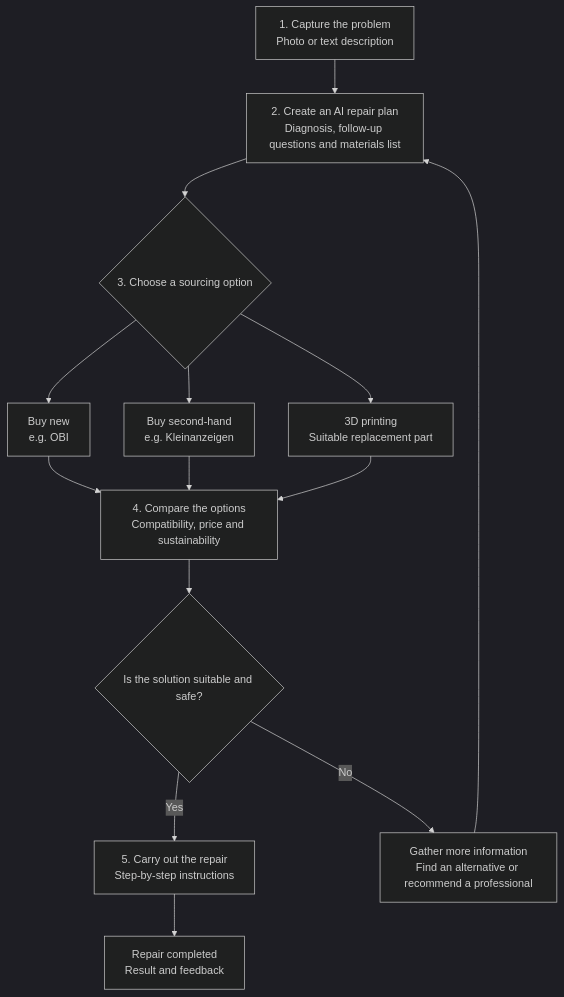
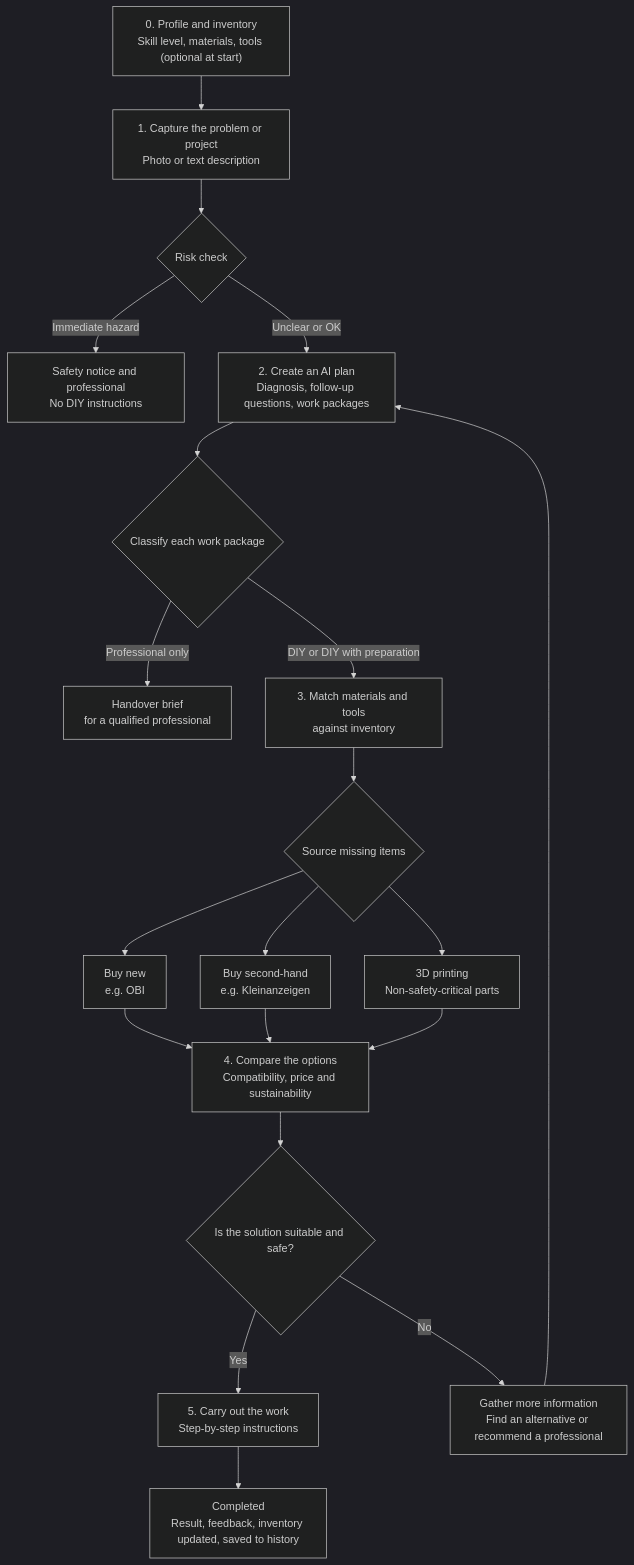
One commit to mrh421/Applied_AI_DAIY changed the diagram in README.md. Above: the diagram before and after it, drawn with Mermaid (dark theme). The commit also changed other lines of this file, not shown here.

````diff
--- a/README.md
+++ b/README.md
@@ -21,21 +25,28 @@
 ```mermaid
 flowchart TD
-    A["1. Capture the problem<br/>Photo or text description"] --> B["2. Create an AI repair plan<br/>Diagnosis, follow-up questions and materials list"]
+    P["0. Profile and inventory<br/>Skill level, materials, tools (optional at start)"] --> A
+    A["1. Capture the problem or project<br/>Photo or text description"] --> R{"Risk check"}
 
-    B --> C{"3. Choose a sourcing option"}
+    R -->|Immediate hazard| X["Safety notice and professional<br/>No DIY instructions"]
+    R -->|Unclear or OK| B["2. Create an AI plan<br/>Diagnosis, follow-up questions, work packages"]
 
+    B --> W{"Classify each work package"}
+    W -->|Professional only| Y["Handover brief<br/>for a qualified professional"]
+    W -->|DIY or DIY with preparation| M["3. Match materials and tools<br/>against inventory"]
+
+    M --> C{"Source missing items"}
     C --> D["Buy new<br/>e.g. OBI"]
     C --> E["Buy second-hand<br/>e.g. Kleinanzeigen"]
-    C --> F["3D printing<br/>Suitable replacement part"]
+    C --> F["3D printing<br/>Non-safety-critical parts"]
 
     D --> G["4. Compare the options<br/>Compatibility, price and sustainability"]
     E --> G
     F --> G
 
     G --> H{"Is the solution suitable and safe?"}
-    H -->|Yes| I["5. Carry out the repair<br/>Step-by-step instructions"]
+    H -->|Yes| I["5. Carry out the work<br/>Step-by-step instructions"]
     H -->|No| J["Gather more information<br/>Find an alternative or recommend a professional"]
 
     J --> B
-    I --> K["Repair completed<br/>Result and feedback"]
+    I --> K["Completed<br/>Result, feedback, inventory updated, saved to history"]
 ```
````
